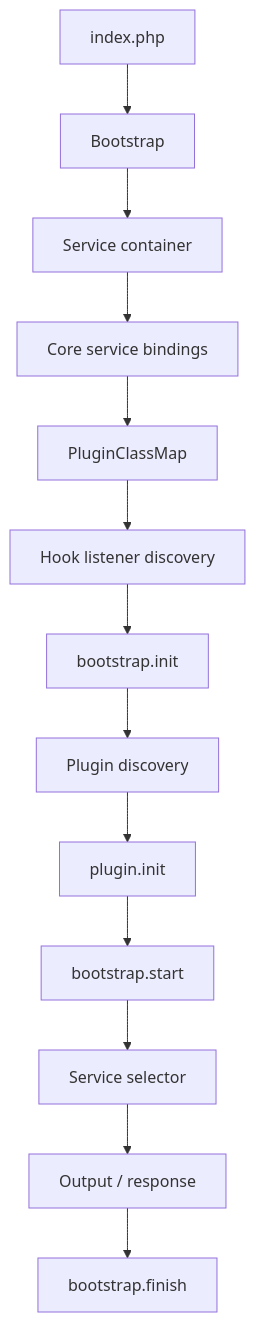
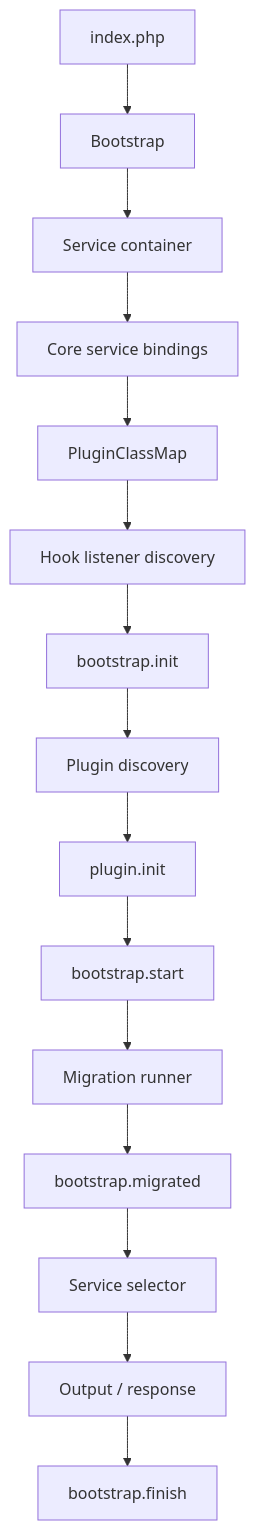
Before and after one commit to ddbase3/Base3Framework: the diagram in docs/overview.md, drawn with Mermaid. The commit also changed other lines of this file and 14 other files, not shown here.

````diff
--- a/docs/overview.md
+++ b/docs/overview.md
@@ -152,15 +155,17 @@
 ```mermaid
 flowchart TD
 	A[index.php] --> B[Bootstrap]
 	B --> C[Service container]
 	C --> D[Core service bindings]
 	D --> E[PluginClassMap]
 	E --> F[Hook listener discovery]
 	F --> G[bootstrap.init]
 	G --> H[Plugin discovery]
 	H --> I[plugin.init]
 	I --> J[bootstrap.start]
-	J --> K[Service selector]
-	K --> L[Output / response]
-	L --> M[bootstrap.finish]
+	J --> K[Migration runner]
+	K --> L[bootstrap.migrated]
+	L --> M[Service selector]
+	M --> N[Output / response]
+	N --> O[bootstrap.finish]
 ```
````
